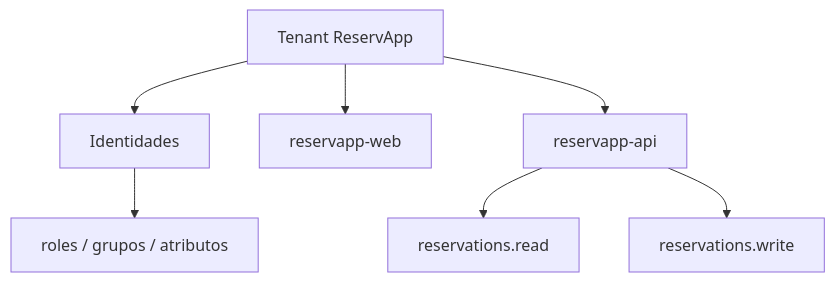
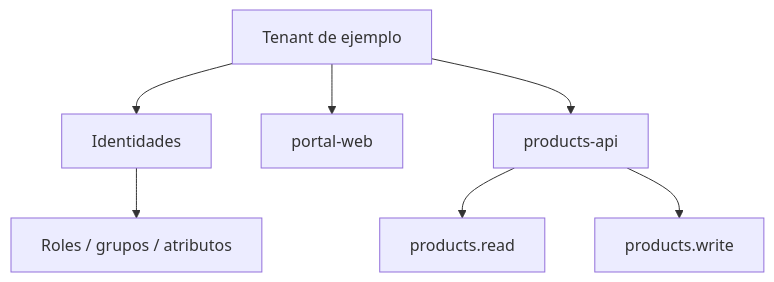
One commit to cmartinezs/DSY1107-DESARROLLO-CLOUD-NATIVE-I-2026-2 changed the diagram in semanas/semana-02/03-configurando-tenant/02-poblaciones-aplicaciones-recursos.md. Above: the diagram before and after it, drawn with Mermaid. The commit also changed other lines of this file, not shown here.

Commit message:
docs: make tenant populations deepening generic and Mermaid-safe

````diff
--- a/semanas/semana-02/03-configurando-tenant/02-poblaciones-aplicaciones-recursos.md
+++ b/semanas/semana-02/03-configurando-tenant/02-poblaciones-aplicaciones-recursos.md
@@ -48,10 +50,10 @@
 ```mermaid
 flowchart TD
-    T[Tenant ReservApp]
-    T --> USERS[Identidades]
-    T --> WEB[reservapp-web]
-    T --> API[reservapp-api]
-    API --> S1[reservations.read]
-    API --> S2[reservations.write]
-    USERS --> R[roles / grupos / atributos]
+    T["Tenant de ejemplo"]
+    T --> USERS["Identidades"]
+    T --> WEB["portal-web"]
+    T --> API["products-api"]
+    API --> S1["products.read"]
+    API --> S2["products.write"]
+    USERS --> R["Roles / grupos / atributos"]
 ```
````
